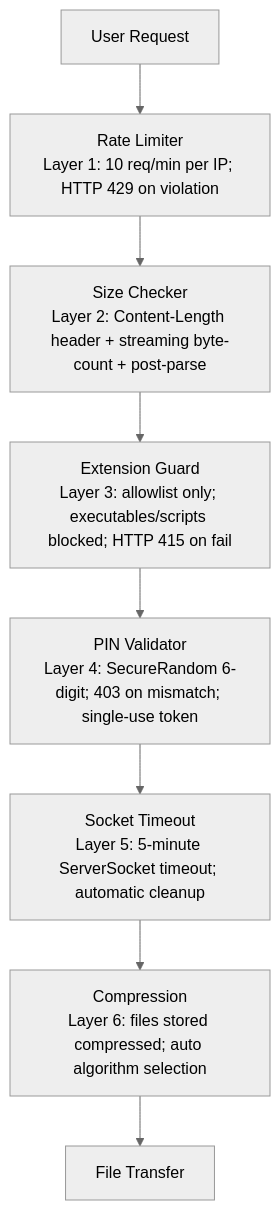
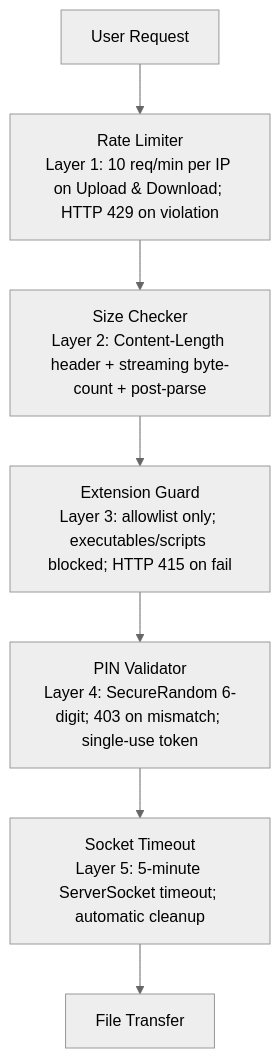
The sixth of 7 diagrams in README.md (utkarsh-gupta17/SwiftShare), drawn with Mermaid (neutral theme) before and after one commit. The commit also changed other lines of this file and 9 other files, not shown here.

````diff
--- a/README.md
+++ b/README.md
@@ -240,10 +242,9 @@
 ```mermaid
 graph TD
-    A["User Request"] --> B["Rate Limiter<br/>Layer 1: 10 req/min per IP; HTTP 429 on violation"]
+    A["User Request"] --> B["Rate Limiter<br/>Layer 1: 10 req/min per IP on Upload & Download; HTTP 429 on violation"]
     B --> C["Size Checker<br/>Layer 2: Content-Length header + streaming byte-count + post-parse"]
     C --> D["Extension Guard<br/>Layer 3: allowlist only; executables/scripts blocked; HTTP 415 on fail"]
     D --> E["PIN Validator<br/>Layer 4: SecureRandom 6-digit; 403 on mismatch; single-use token"]
     E --> F["Socket Timeout<br/>Layer 5: 5-minute ServerSocket timeout; automatic cleanup"]
-    F --> G["Compression<br/>Layer 6: files stored compressed; auto algorithm selection"]
-    G --> H["File Transfer"]
+    F --> G["File Transfer"]
 ```
````
